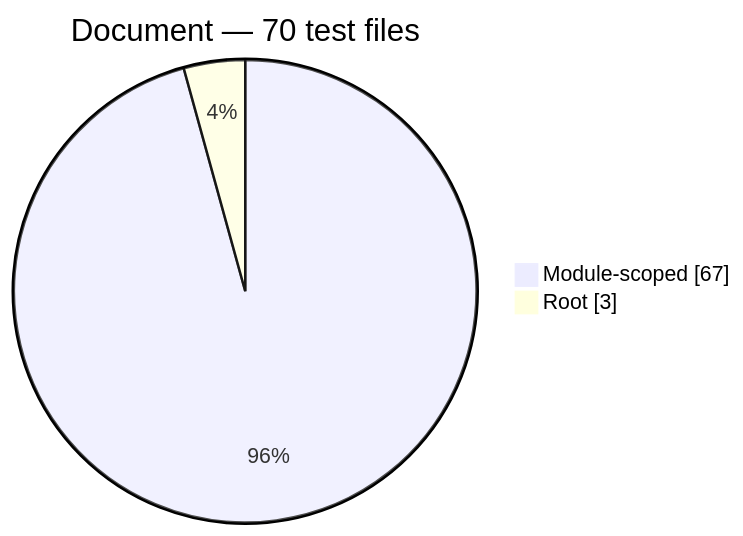
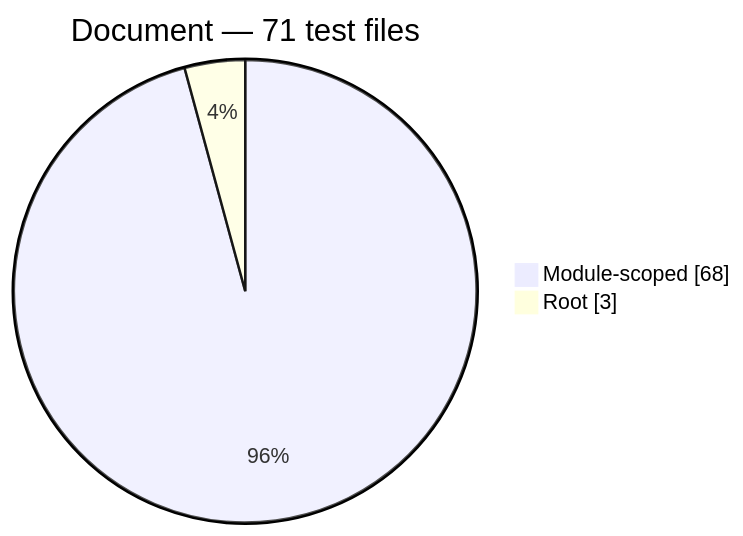
Before and after one commit to Mohammed-Alama/php-arazzo: the fourth of 9 diagrams in docs/generated/test-composition.md, drawn with Mermaid. The commit also changed other lines of this file and 18 other files, not shown here.

````diff
--- a/docs/generated/test-composition.md
+++ b/docs/generated/test-composition.md
@@ -56,6 +56,6 @@
 ```mermaid
 pie showData
-    title Document — 70 test files
-    "Module-scoped": 67
+    title Document — 71 test files
+    "Module-scoped": 68
     "Root": 3
 ```
````
